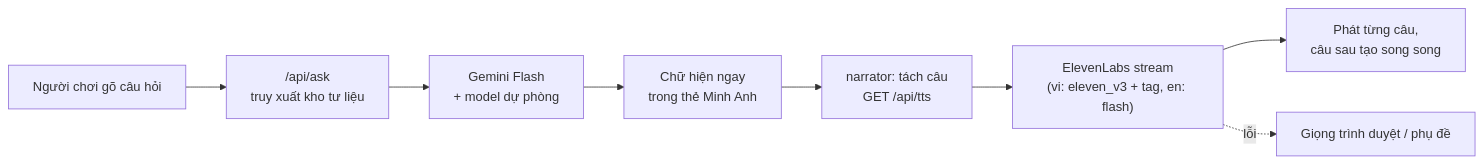
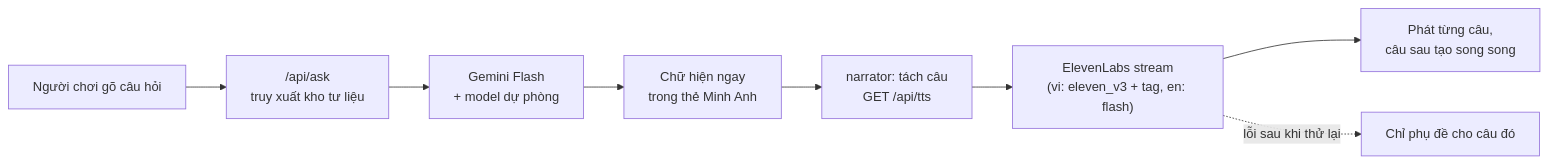
The diagram in README.md (huynh-phong/3D-Digital-Tourism), drawn with Mermaid before and after one commit. The commit also changed other lines of this file and 9 other files, not shown here.

````diff
--- a/README.md
+++ b/README.md
@@ -104,10 +101,10 @@
 ```mermaid
 flowchart LR
   Q[Người chơi gõ câu hỏi] --> A["/api/ask<br/>truy xuất kho tư liệu"]
   A --> G[Gemini Flash<br/>+ model dự phòng]
   G --> T[Chữ hiện ngay<br/>trong thẻ Minh Anh]
   T --> N["narrator: tách câu<br/>GET /api/tts"]
   N --> E["ElevenLabs stream<br/>(vi: eleven_v3 + tag, en: flash)"]
   E --> P[Phát từng câu,<br/>câu sau tạo song song]
-  E -. lỗi .-> F[Giọng trình duyệt / phụ đề]
+  E -. lỗi sau khi thử lại .-> F[Chỉ phụ đề cho câu đó]
 ```
````
